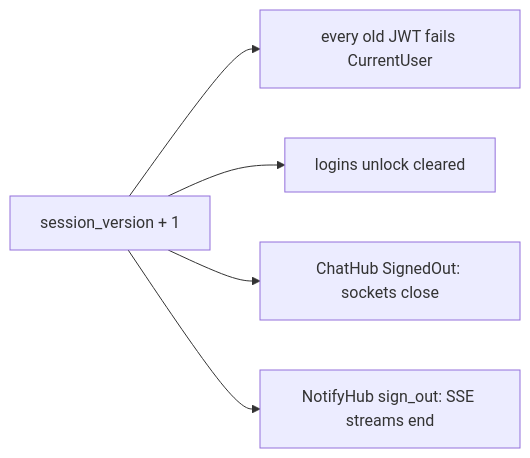
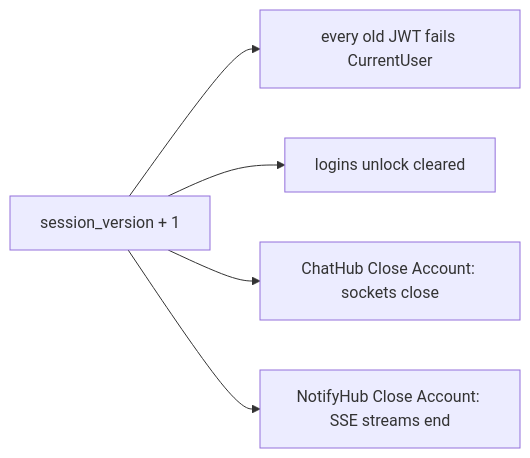
The eighth of 8 diagrams in docs/flows/accounts.md (rajgurung/collaboration_tool), drawn with Mermaid before and after one commit. The commit also changed other lines of this file and 5 other files, not shown here.

````diff
--- a/docs/flows/accounts.md
+++ b/docs/flows/accounts.md
@@ -428,7 +496,7 @@
 ```mermaid
 flowchart LR
     A[session_version + 1] --> B[every old JWT fails CurrentUser]
     A --> C[logins unlock cleared]
-    A --> D[ChatHub SignedOut: sockets close]
-    A --> E[NotifyHub sign_out: SSE streams end]
+    A --> D[ChatHub Close Account: sockets close]
+    A --> E[NotifyHub Close Account: SSE streams end]
 ```
````
